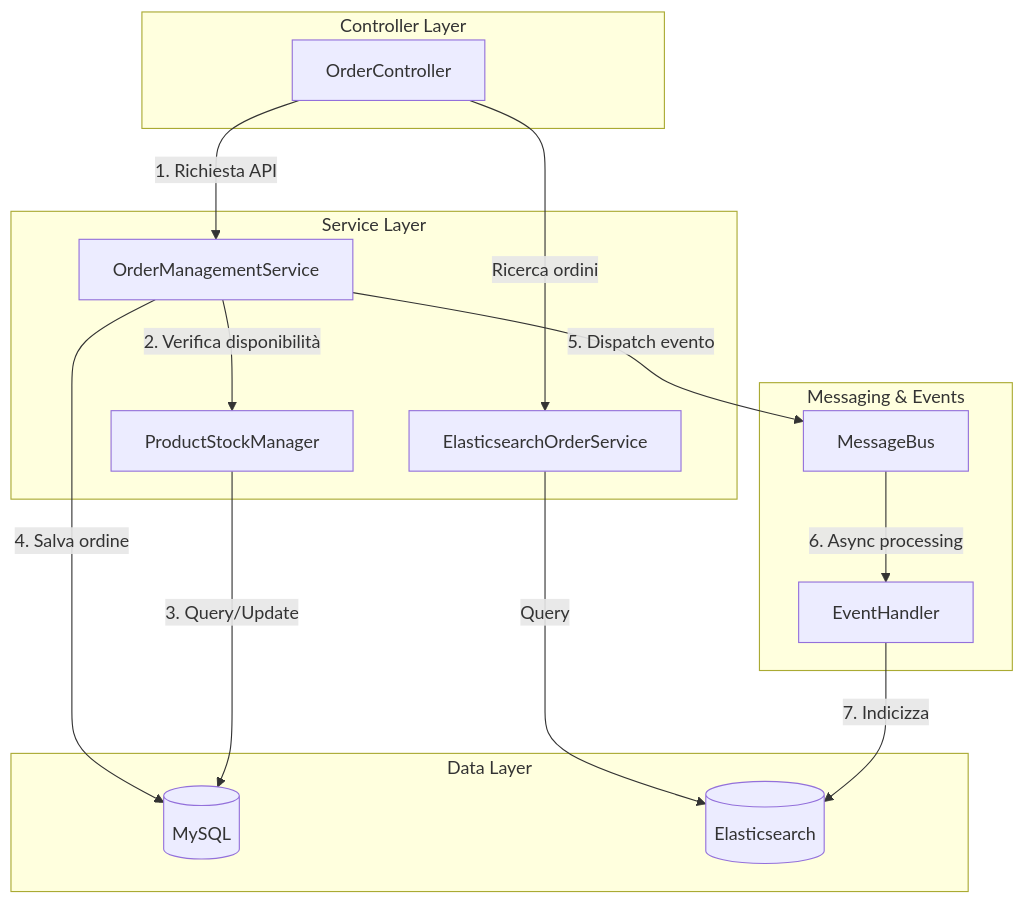
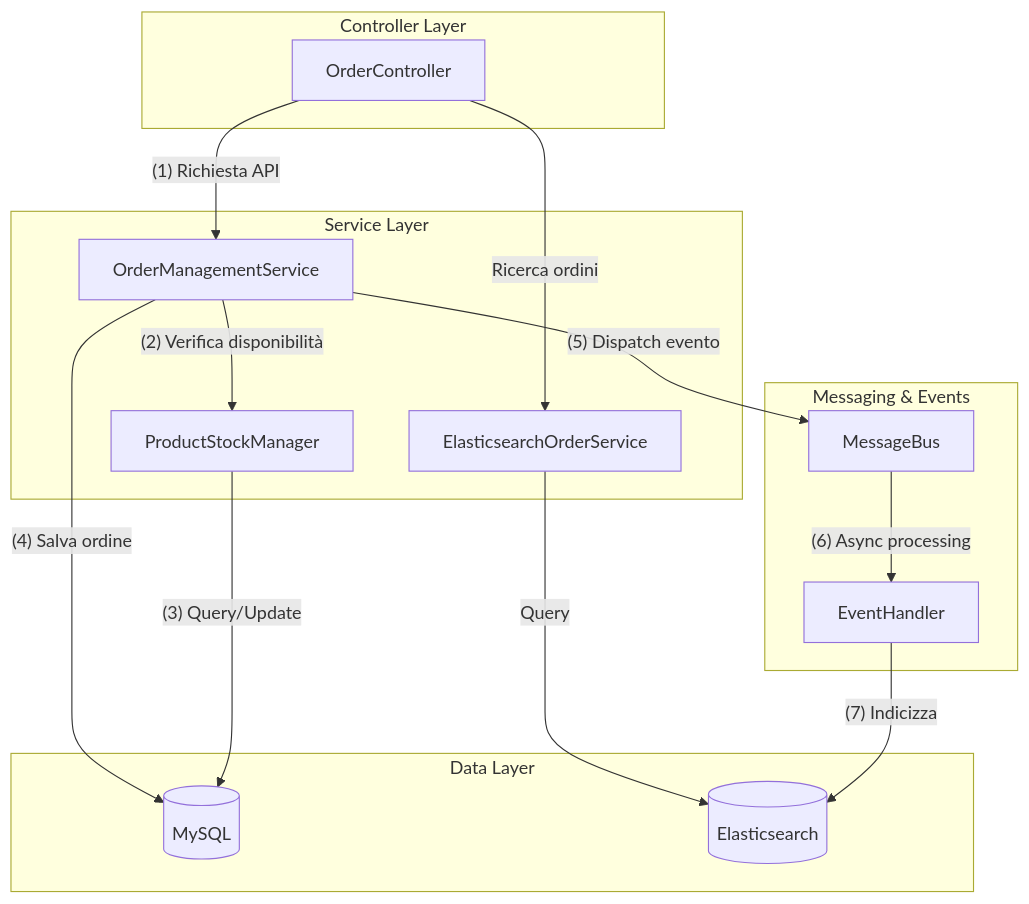
The second of 5 diagrams in readme.md (mikmo/order-product-poc), drawn with Mermaid before and after one commit. The commit also changed other lines of this file, not shown here.

Commit message:
fixed readme.md part 3

````diff
--- a/readme.md
+++ b/readme.md
@@ -384,33 +384,33 @@
 ```mermaid
 flowchart TB
     subgraph "Controller Layer"
         OC[OrderController]
     end
     
     subgraph "Service Layer"
         OMS[OrderManagementService]
         PSM[ProductStockManager]
         EOS[ElasticsearchOrderService]
     end
     
     subgraph "Messaging & Events"
         MB[MessageBus]
         EH[EventHandler]
     end
     
     subgraph "Data Layer"
         SQL[(MySQL)]
         ES[(Elasticsearch)]
     end
     
-    OC -->|"1. Richiesta API"| OMS
-    OMS -->|"2. Verifica disponibilità"| PSM
-    PSM -->|"3. Query/Update"| SQL
-    OMS -->|"4. Salva ordine"| SQL
-    OMS -->|"5. Dispatch evento"| MB
-    MB -->|"6. Async processing"| EH
-    EH -->|"7. Indicizza"| ES
+    OC -->|"(1) Richiesta API"| OMS
+    OMS -->|"(2) Verifica disponibilità"| PSM
+    PSM -->|"(3) Query/Update"| SQL
+    OMS -->|"(4) Salva ordine"| SQL
+    OMS -->|"(5) Dispatch evento"| MB
+    MB -->|"(6) Async processing"| EH
+    EH -->|"(7) Indicizza"| ES
     
     OC -->|"Ricerca ordini"| EOS
     EOS -->|"Query"| ES
 ```
````
